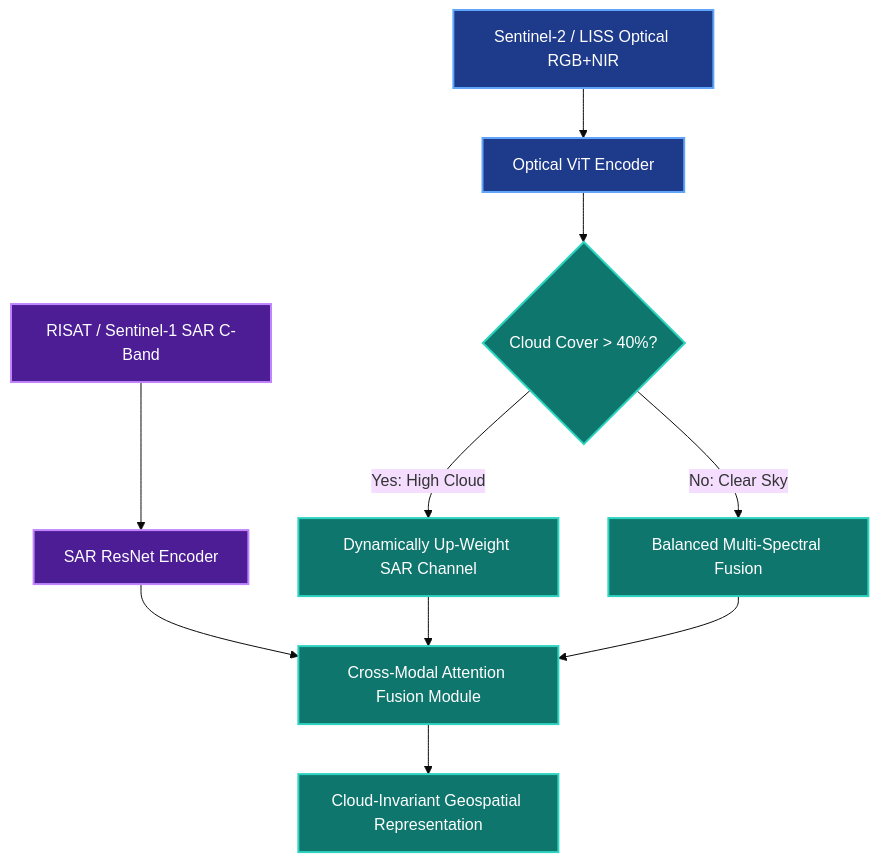
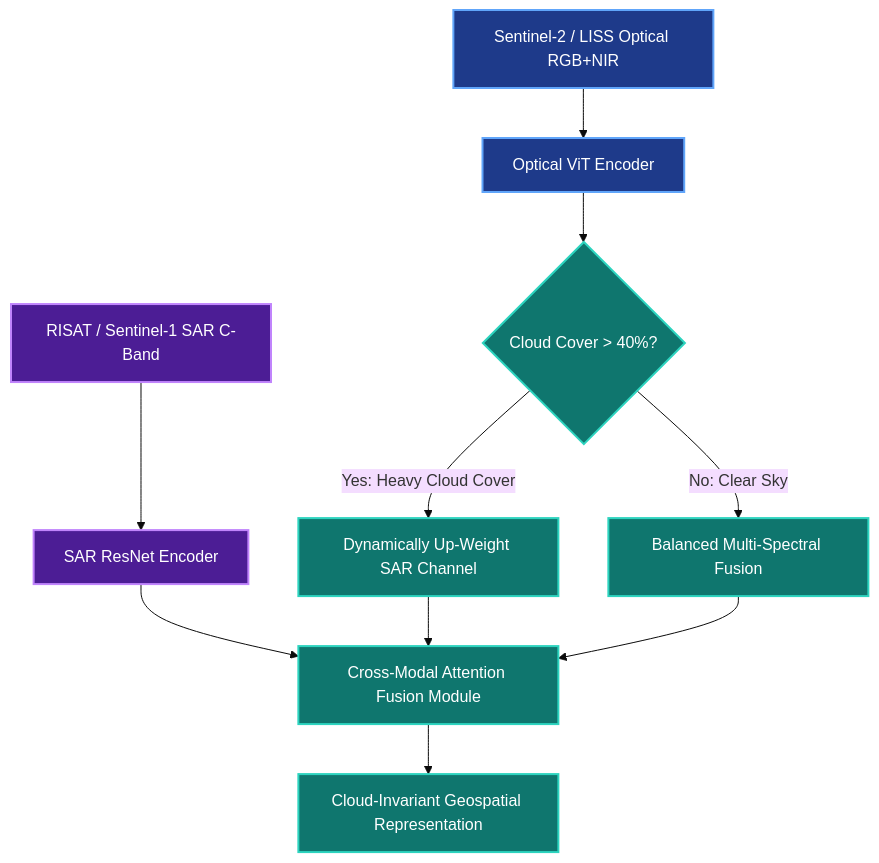
One commit to shuryansmishra/shi2026 changed the third of 3 diagrams in README.md. Above: the diagram before and after it, drawn with Mermaid (base theme). The commit also changed other lines of this file, not shown here.

````diff
--- a/README.md
+++ b/README.md
@@ -209,20 +256,20 @@
 ```mermaid
 graph TD
     classDef opt fill:#1E3A8A,stroke:#60A5FA,stroke-width:2px,color:#fff;
     classDef sar fill:#4C1D95,stroke:#C084FC,stroke-width:2px,color:#fff;
     classDef fuse fill:#0F766E,stroke:#2DD4BF,stroke-width:2px,color:#fff;
 
     OptImg[Sentinel-2 / LISS Optical RGB+NIR]:::opt --> OptEncoder[Optical ViT Encoder]:::opt
     SARImg[RISAT / Sentinel-1 SAR C-Band]:::sar --> SAREncoder[SAR ResNet Encoder]:::sar
 
     OptEncoder --> CloudCheck{Cloud Cover > 40%?}:::fuse
     SAREncoder --> CrossAttn[Cross-Modal Attention Fusion Module]:::fuse
 
-    CloudCheck -->|Yes: High Cloud| WeightSAR[Dynamically Up-Weight SAR Channel]:::fuse
+    CloudCheck -->|Yes: Heavy Cloud Cover| WeightSAR[Dynamically Up-Weight SAR Channel]:::fuse
     CloudCheck -->|No: Clear Sky| WeightOpt[Balanced Multi-Spectral Fusion]:::fuse
 
     WeightSAR --> CrossAttn
     WeightOpt --> CrossAttn
 
     CrossAttn --> InvariantEmb[Cloud-Invariant Geospatial Representation]:::fuse
 ```
````
